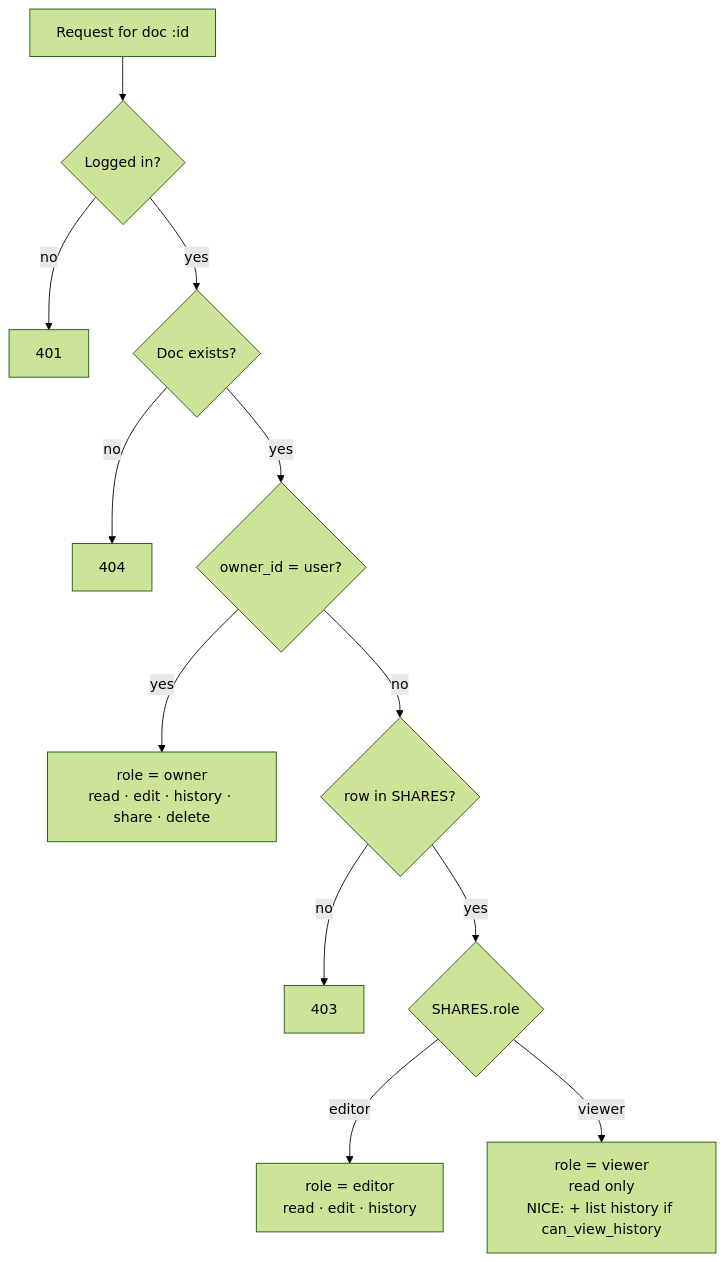
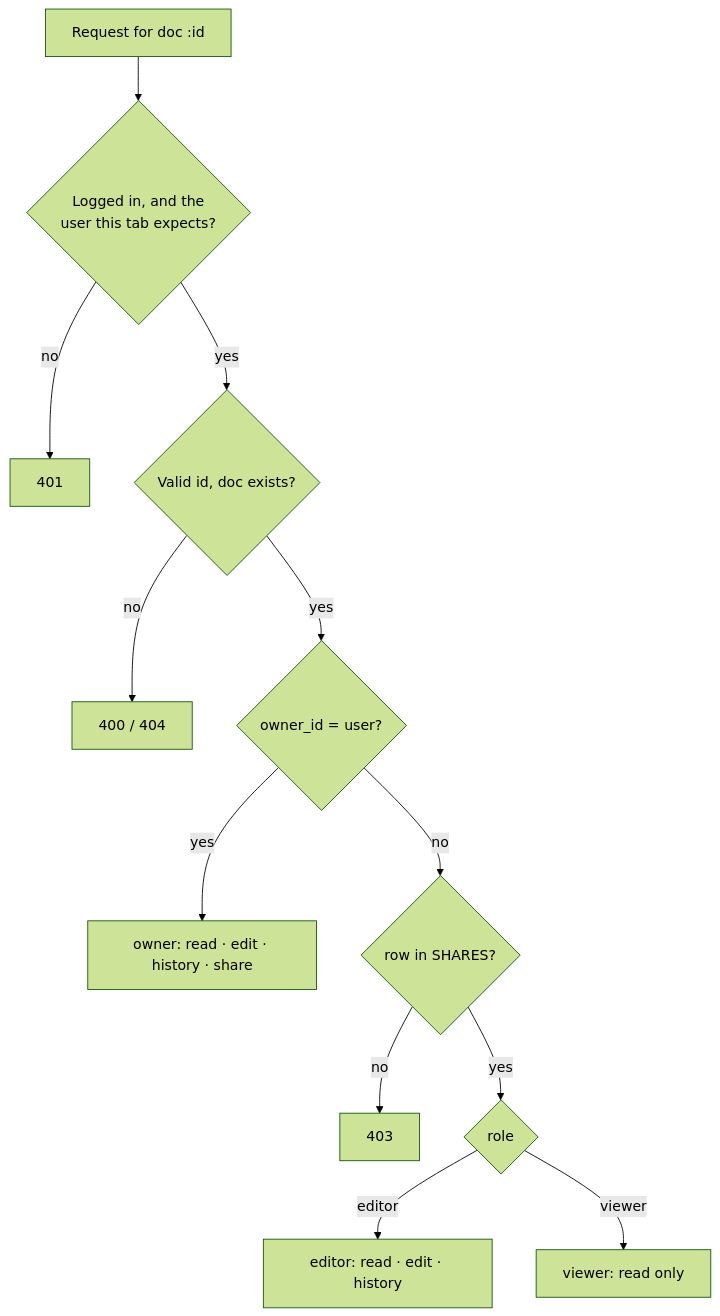
Before and after one commit to motolomibay/ajaia-docs: the third of 5 diagrams in ARCHITECTURE.md, drawn with Mermaid (forest theme). The commit also changed other lines of this file and 17 other files, not shown here.

Commit message:
Write-ups: README, final architecture, AI workflow, submission, screenshots, sample files

````diff
--- a/ARCHITECTURE.md
+++ b/ARCHITECTURE.md
@@ -134,14 +140,14 @@
 ```mermaid
 flowchart TD
-  Q[Request for doc :id] --> L{Logged in?}
+  Q[Request for doc :id] --> L{Logged in, and the<br/>user this tab expects?}
   L -- no --> E401[401]
-  L -- yes --> F{Doc exists?}
-  F -- no --> E404[404]
+  L -- yes --> F{Valid id, doc exists?}
+  F -- no --> E4[400 / 404]
   F -- yes --> O{owner_id = user?}
-  O -- yes --> OWN[role = owner<br/>read · edit · history · share · delete]
+  O -- yes --> OWN[owner: read · edit · history · share]
   O -- no --> S{row in SHARES?}
   S -- no --> E403[403]
-  S -- yes --> RL{SHARES.role}
-  RL -- editor --> ED[role = editor<br/>read · edit · history]
-  RL -- viewer --> VW[role = viewer<br/>read only<br/>NICE: + list history if can_view_history]
+  S -- yes --> RL{role}
+  RL -- editor --> ED[editor: read · edit · history]
+  RL -- viewer --> VW[viewer: read only]
 ```
````
